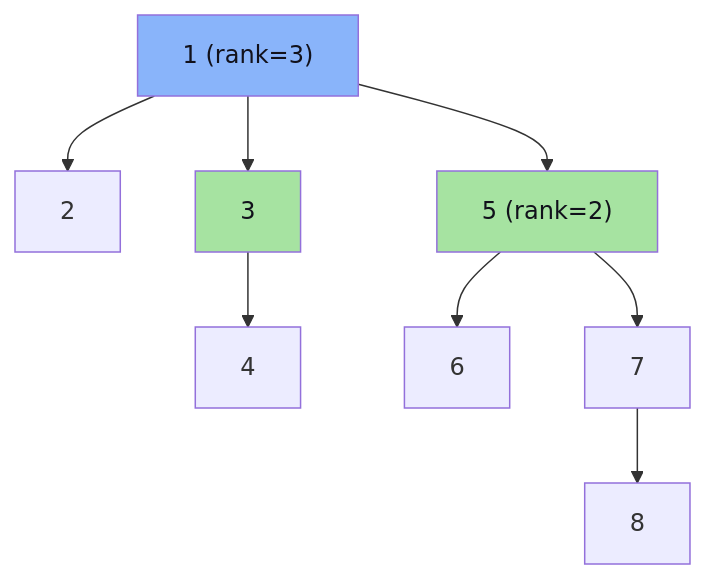
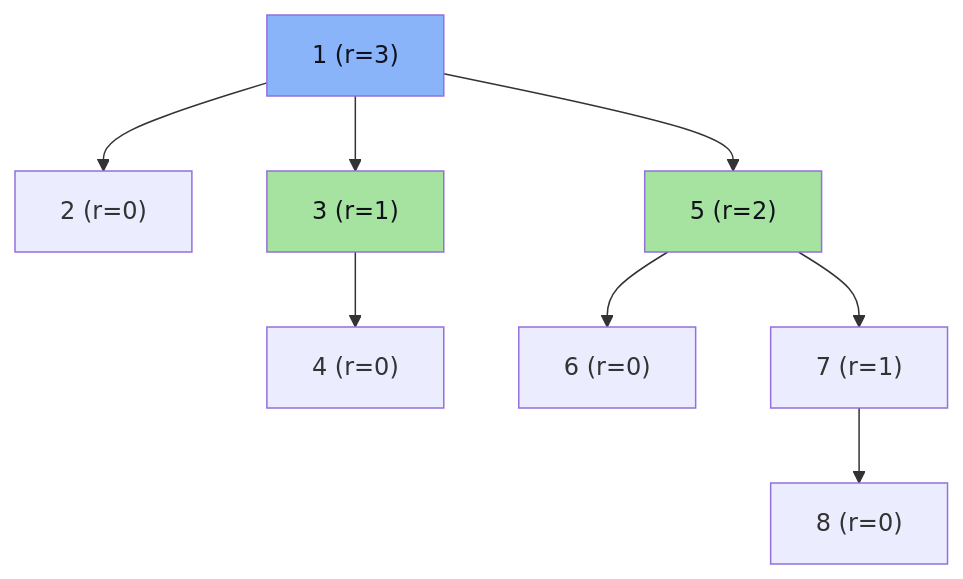
One commit to DeepLumiere/DeepSkills changed diagram 55 of 59 in notes/design_and_analysis_of_algorithms/Unit_04_Advanced_Data_Structures.md. Above: the diagram before and after it, drawn with Mermaid. The commit also changed other lines of this file, not shown here.

````diff
--- a/notes/design_and_analysis_of_algorithms/Unit_04_Advanced_Data_Structures.md
+++ b/notes/design_and_analysis_of_algorithms/Unit_04_Advanced_Data_Structures.md
@@ -1214,13 +1533,13 @@
 ```mermaid
 flowchart TD
-    r1["1 (rank=3)"] --> c2["2"]
-    r1 --> c3["3"]
-    r1 --> c5["5 (rank=2)"]
-    c3 --> c4["4"]
-    c5 --> c6["6"]
-    c5 --> c7["7"]
-    c7 --> c8["8"]
+    r1["1 (r=3)"] --> c2["2 (r=0)"]
+    r1 --> c3["3 (r=1)"]
+    r1 --> c5["5 (r=2)"]
+    c3 --> c4["4 (r=0)"]
+    c5 --> c6["6 (r=0)"]
+    c5 --> c7["7 (r=1)"]
+    c7 --> c8["8 (r=0)"]
     style r1 fill:#89b4fa,color:#11111b
     style c5 fill:#a6e3a1,color:#11111b
     style c3 fill:#a6e3a1,color:#11111b
 ```
````
